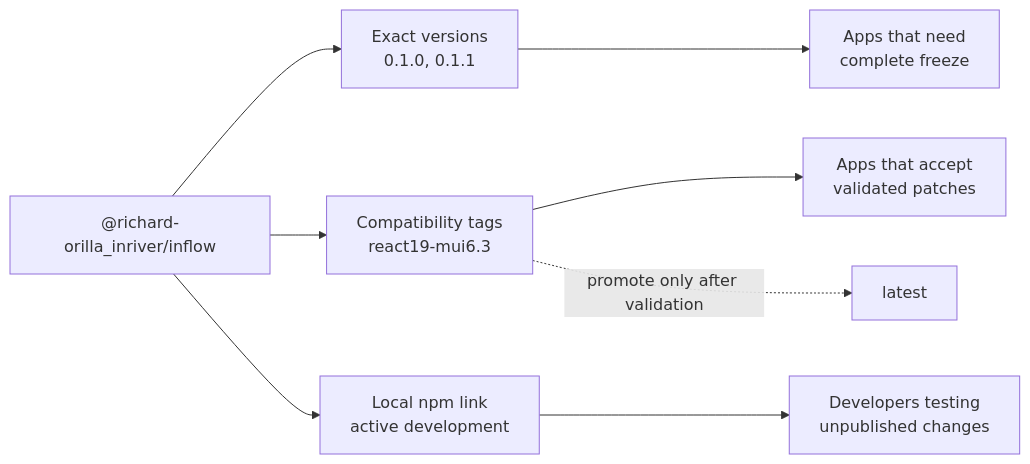
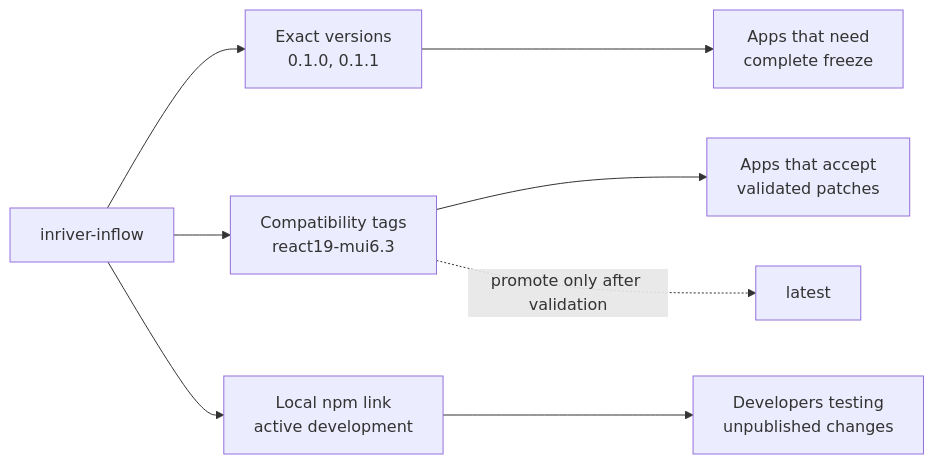
One commit to inRiver/inflow-react changed the first of 2 diagrams in README.md. Above: the diagram before and after it, drawn with Mermaid. The commit also changed other lines of this file and 11 other files, not shown here.

````diff
--- a/README.md
+++ b/README.md
@@ -75,12 +35,12 @@
 ```mermaid
 flowchart LR
-  ThemeRepo["@richard-orilla_inriver/inflow"] --> Exact["Exact versions\n0.1.0, 0.1.1"]
+  ThemeRepo["inriver-inflow"] --> Exact["Exact versions\n0.1.0, 0.1.1"]
   ThemeRepo --> Tags["Compatibility tags\nreact19-mui6.3"]
   ThemeRepo --> Local["Local npm link\nactive development"]
 
   Exact --> FrozenApps["Apps that need\ncomplete freeze"]
   Tags --> StableApps["Apps that accept\nvalidated patches"]
   Local --> DevApps["Developers testing\nunpublished changes"]
 
   Tags -. "promote only after validation" .-> Latest["latest"]
 ```
````
